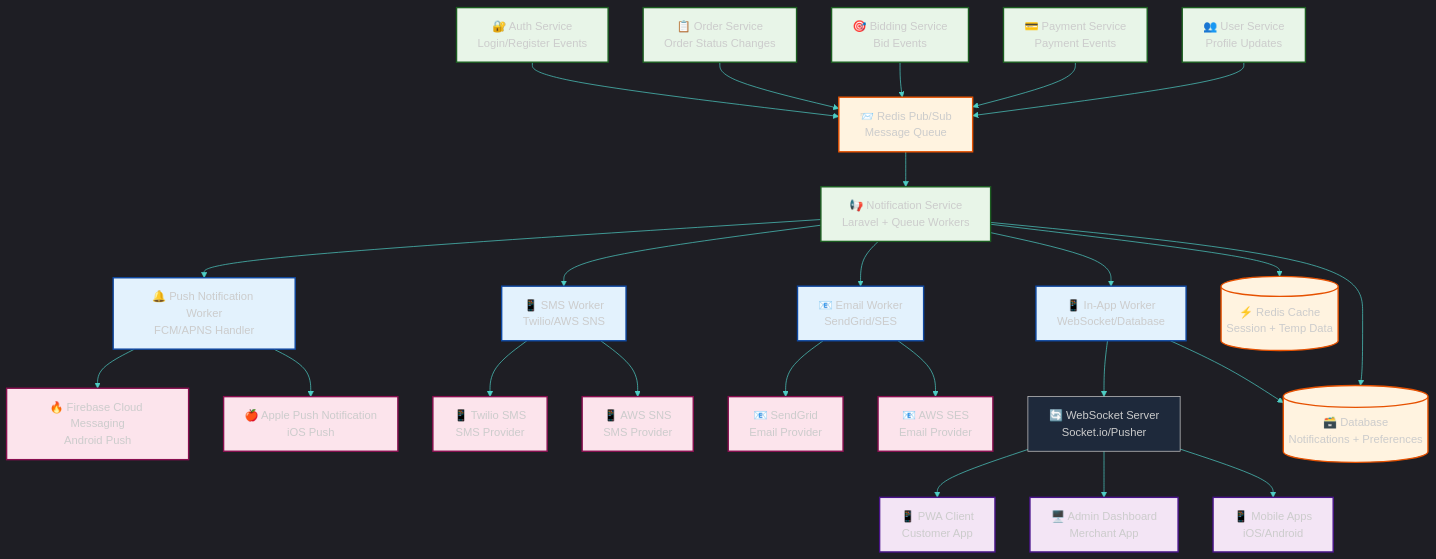
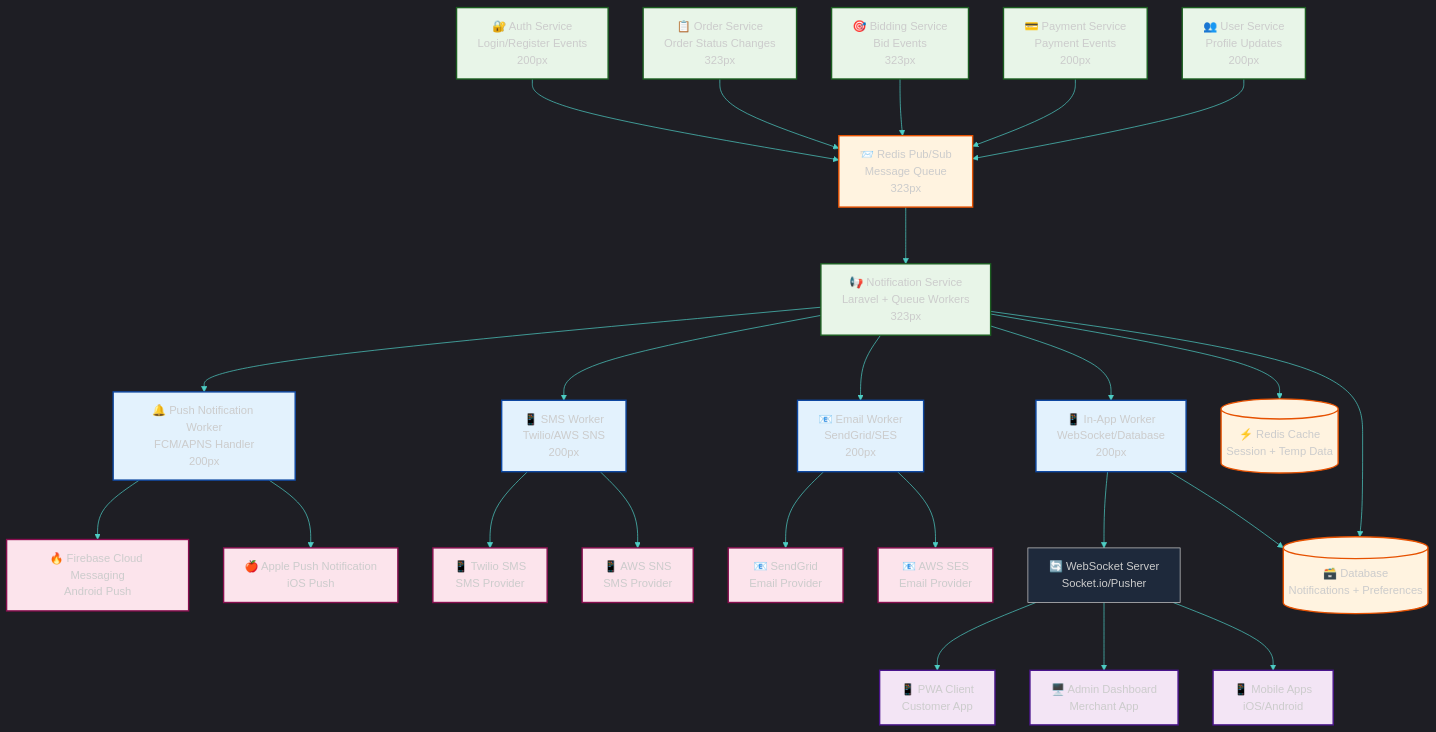
The first of 2 diagrams in diagrams/notification-architecture.md (abdoElHodaky/larvrevrstender), drawn with Mermaid before and after one commit. The commit also changed other lines of this file and 5 other files, not shown here.

First line of the commit message:
feat: Sequential Golden Ratio optimization - Phase 4 architectural diagrams

```diff
--- a/diagrams/notification-architecture.md
+++ b/diagrams/notification-architecture.md
@@ -16,28 +20,33 @@
     'mainBkg': '#1E293B',
     'secondBkg': '#334155',
     'tertiaryBkg': '#475569'
+  },
+  'flowchart': {
+    'rankSpacing': 81,
+    'nodeSpacing': 50,
+    'curve': 'basis'
   }
 }}%%
 
 graph TB
     %% Event Sources
-    AUTH[🔐 Auth Service<br/>Login/Register Events]
-    ORDER[📋 Order Service<br/>Order Status Changes]
-    BIDDING[🎯 Bidding Service<br/>Bid Events]
-    PAYMENT[💳 Payment Service<br/>Payment Events]
-    USER[👥 User Service<br/>Profile Updates]
+    AUTH["🔐 Auth Service<br/>Login/Register Events<br/>200px"]
+    ORDER["📋 Order Service<br/>Order Status Changes<br/>323px"]
+    BIDDING["🎯 Bidding Service<br/>Bid Events<br/>323px"]
+    PAYMENT["💳 Payment Service<br/>Payment Events<br/>200px"]
+    USER["👥 User Service<br/>Profile Updates<br/>200px"]
     
     %% Message Queue System
-    REDIS_QUEUE[📨 Redis Pub/Sub<br/>Message Queue]
+    REDIS_QUEUE["📨 Redis Pub/Sub<br/>Message Queue<br/>323px"]
     
     %% Notification Service Core
-    NOTIFICATION[📢 Notification Service<br/>Laravel + Queue Workers]
+    NOTIFICATION["📢 Notification Service<br/>Laravel + Queue Workers<br/>323px"]
     
     %% Notification Channels
-    PUSH_WORKER[🔔 Push Notification Worker<br/>FCM/APNS Handler]
-    SMS_WORKER[📱 SMS Worker<br/>Twilio/AWS SNS]
-    EMAIL_WORKER[📧 Email Worker<br/>SendGrid/SES]
-    INAPP_WORKER[📱 In-App Worker<br/>WebSocket/Database]
+    PUSH_WORKER["🔔 Push Notification Worker<br/>FCM/APNS Handler<br/>200px"]
+    SMS_WORKER["📱 SMS Worker<br/>Twilio/AWS SNS<br/>200px"]
+    EMAIL_WORKER["📧 Email Worker<br/>SendGrid/SES<br/>200px"]
+    INAPP_WORKER["📱 In-App Worker<br/>WebSocket/Database<br/>200px"]
     
     %% External Providers
     FCM[🔥 Firebase Cloud Messaging<br/>Android Push]
```
